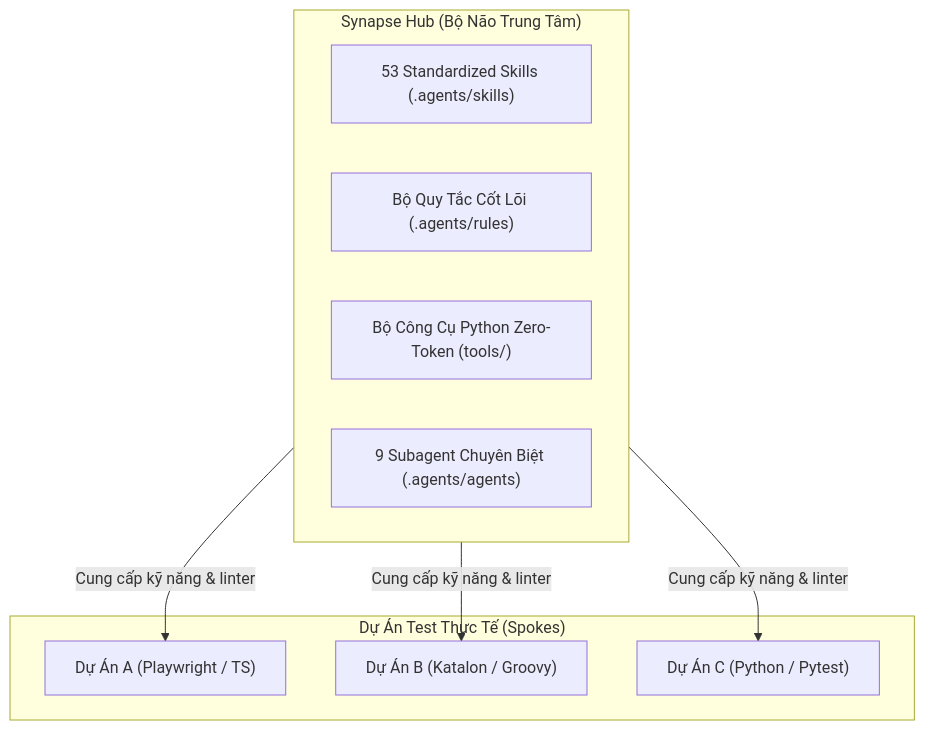
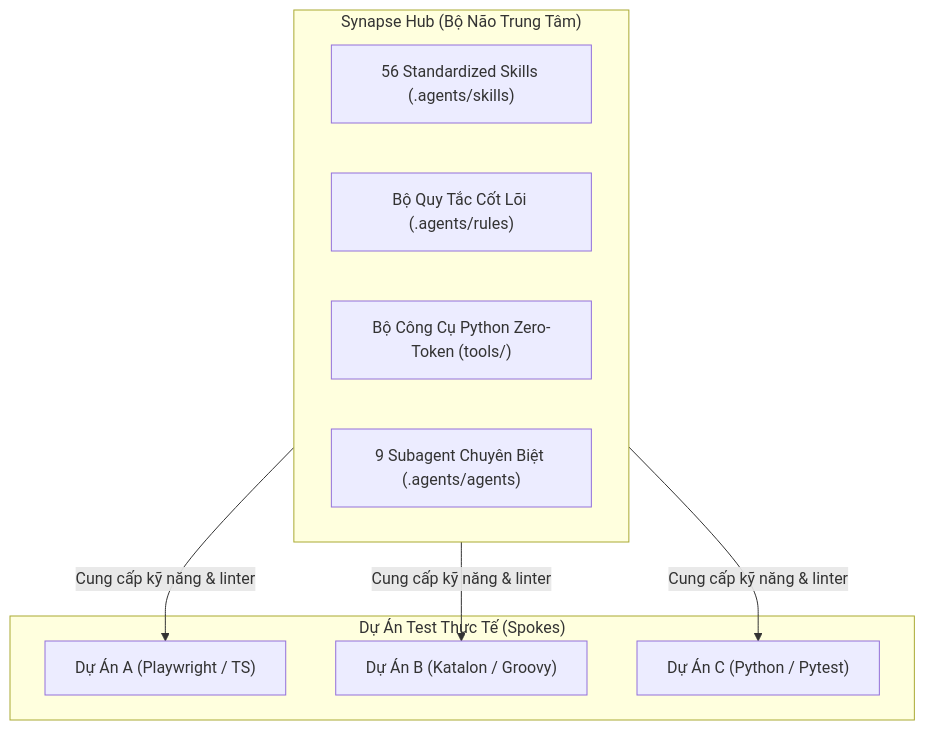
Before and after one commit to TeeVee98/Synapse-Hub: the first of 3 diagrams in docs/ARCHITECTURE.md, drawn with Mermaid. The commit also changed other lines of this file and 76 other files, not shown here.

````diff
--- a/docs/ARCHITECTURE.md
+++ b/docs/ARCHITECTURE.md
@@ -17,19 +17,19 @@
 ```mermaid
 flowchart TD
     subgraph Hub["Synapse Hub (Bộ Não Trung Tâm)"]
-        Catalog["53 Standardized Skills (.agents/skills)"]
+        Catalog["56 Standardized Skills (.agents/skills)"]
         Rules["Bộ Quy Tắc Cốt Lõi (.agents/rules)"]
         Tools["Bộ Công Cụ Python Zero-Token (tools/)"]
         Swarm["9 Subagent Chuyên Biệt (.agents/agents)"]
     end
 
     subgraph Spokes["Dự Án Test Thực Tế (Spokes)"]
         Repo1["Dự Án A (Playwright / TS)"]
         Repo2["Dự Án B (Katalon / Groovy)"]
         Repo3["Dự Án C (Python / Pytest)"]
     end
 
     Hub -->|Cung cấp kỹ năng & linter| Repo1
     Hub -->|Cung cấp kỹ năng & linter| Repo2
     Hub -->|Cung cấp kỹ năng & linter| Repo3
 ```
````
